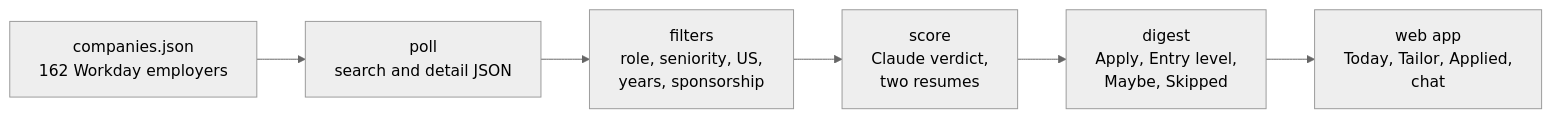
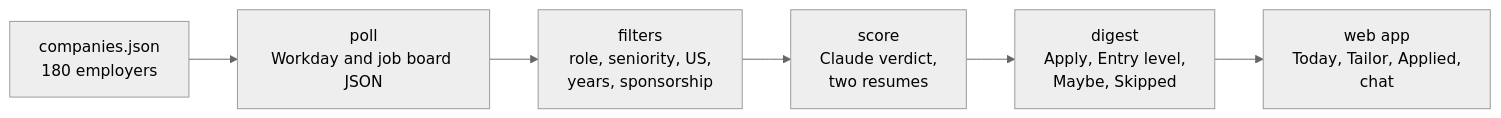
The diagram in README.md (SiddhiRohan/job-radar), drawn with Mermaid (neutral theme) before and after one commit. The commit also changed other lines of this file and 125 other files, not shown here.

````diff
--- a/README.md
+++ b/README.md
@@ -47,8 +80,8 @@
 ```mermaid
 flowchart LR
-  A["companies.json<br/>162 Workday employers"] --> B["poll<br/>search and detail JSON"]
+  A["companies.json<br/>180 employers"] --> B["poll<br/>Workday and job board JSON"]
   B --> C["filters<br/>role, seniority, US,<br/>years, sponsorship"]
   C --> D["score<br/>Claude verdict,<br/>two resumes"]
   D --> E["digest<br/>Apply, Entry level,<br/>Maybe, Skipped"]
   E --> F["web app<br/>Today, Tailor, Applied,<br/>chat"]
 ```
````
